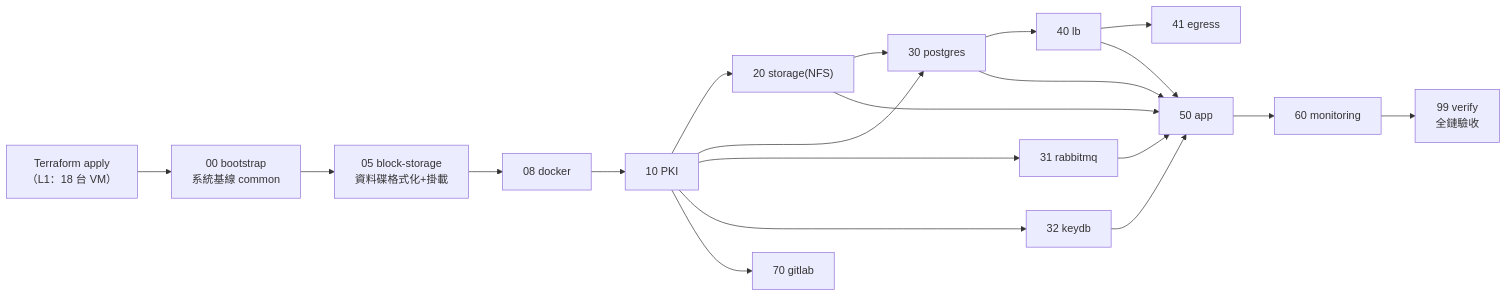
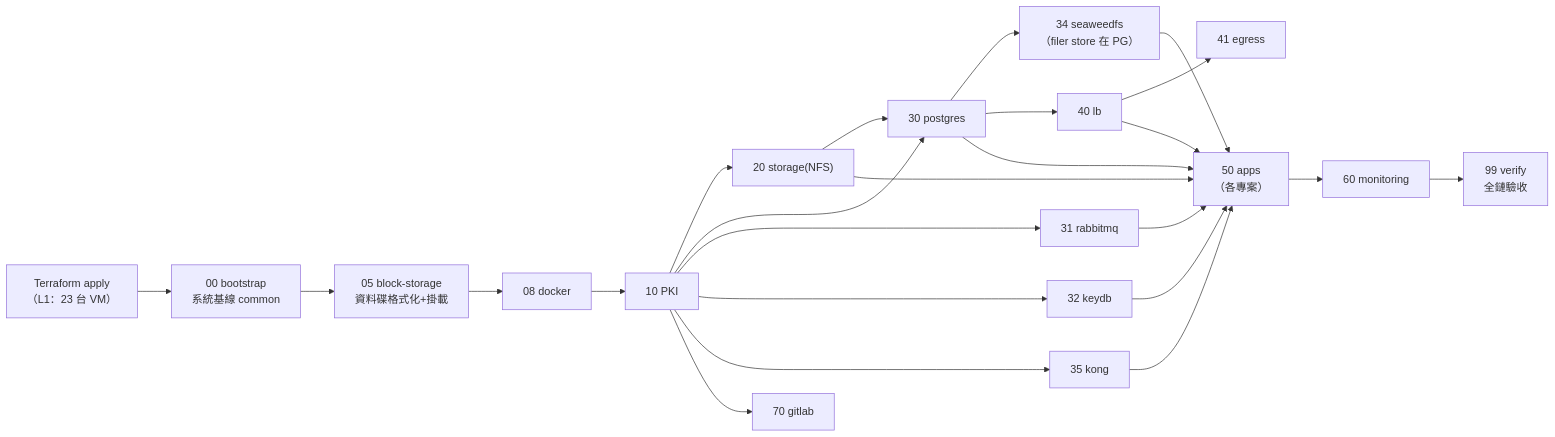
Before and after one commit to JustinHsu0320/onpremis_gitops: the eighth of 12 diagrams in README.md, drawn with Mermaid. The commit also changed other lines of this file and 150 other files, not shown here.

````diff
--- a/README.md
+++ b/README.md
@@ -477,18 +503,20 @@
 ```mermaid
 graph LR
-    TF["Terraform apply<br/>（L1：18 台 VM）"] --> B["00 bootstrap<br/>系統基線 common"]
+    TF["Terraform apply<br/>（L1：23 台 VM）"] --> B["00 bootstrap<br/>系統基線 common"]
     B --> BS["05 block-storage<br/>資料碟格式化+掛載"]
     BS --> DK["08 docker"]
     DK --> P["10 PKI"]
     P --> S["20 storage(NFS)"]
     P --> PG["30 postgres"]
     P --> MQ["31 rabbitmq"]
     P --> KD["32 keydb"]
+    P --> KG["35 kong"]
     P --> GL["70 gitlab"]
     S --> PG
+    PG --> SW["34 seaweedfs<br/>（filer store 在 PG）"]
     PG --> LB["40 lb"]
     LB --> EG["41 egress"]
-    S & PG & MQ & KD & LB --> APP["50 app"]
+    S & PG & MQ & KD & SW & KG & LB --> APP["50 apps<br/>（各專案）"]
     APP --> M["60 monitoring"]
     M --> V["99 verify<br/>全鏈驗收"]
 ```
````
